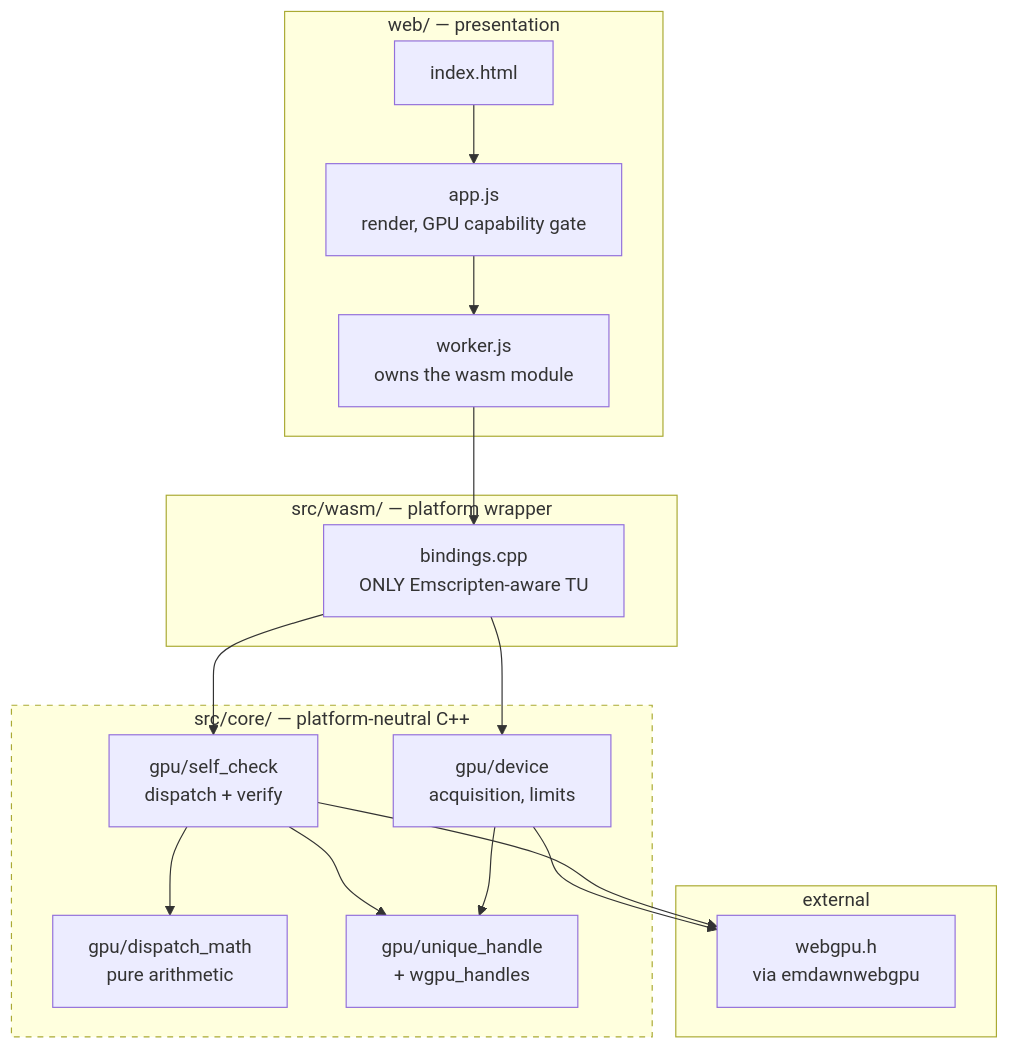
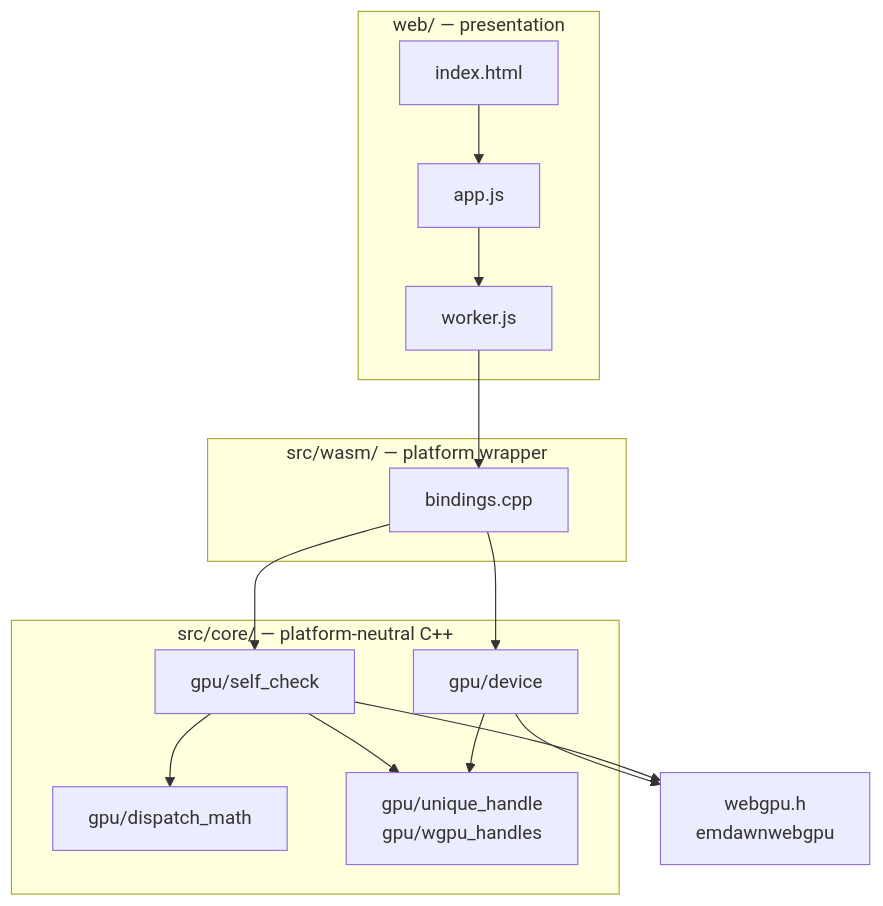
One commit to plainsight-systems/browser-llm changed the first of 2 diagrams in docs/architecture.md. Above: the diagram before and after it, drawn with Mermaid. The commit also changed other lines of this file and 1 other file, not shown here.

First line of the commit message:
Strip architecture.md to module boundaries and the call tree

````diff
--- a/docs/architecture.md
+++ b/docs/architecture.md
@@ -17,37 +8,32 @@
 ```mermaid
 flowchart TD
     subgraph WEB["web/ — presentation"]
         idx["index.html"]
-        app["app.js<br/>render, GPU capability gate"]
-        wrk["worker.js<br/>owns the wasm module"]
+        app["app.js"]
+        wrk["worker.js"]
     end
 
     subgraph WASM["src/wasm/ — platform wrapper"]
-        bind["bindings.cpp<br/>ONLY Emscripten-aware TU"]
+        bind["bindings.cpp"]
     end
 
     subgraph CORE["src/core/ — platform-neutral C++"]
-        dev["gpu/device<br/>acquisition, limits"]
-        chk["gpu/self_check<br/>dispatch + verify"]
-        dsp["gpu/dispatch_math<br/>pure arithmetic"]
-        hnd["gpu/unique_handle<br/>+ wgpu_handles"]
+        dev["gpu/device"]
+        chk["gpu/self_check"]
+        dsp["gpu/dispatch_math"]
+        hnd["gpu/unique_handle<br/>gpu/wgpu_handles"]
     end
 
-    subgraph EXT["external"]
-        wgpu["webgpu.h<br/>via emdawnwebgpu"]
-    end
+    wgpu["webgpu.h<br/>emdawnwebgpu"]
 
     idx --> app
     app --> wrk
     wrk --> bind
     bind --> dev
     bind --> chk
     chk --> dsp
     chk --> hnd
     dev --> hnd
     dev --> wgpu
     chk --> wgpu
-
-    classDef forbidden stroke-dasharray: 5 5
-    CORE:::forbidden
 ```
````
